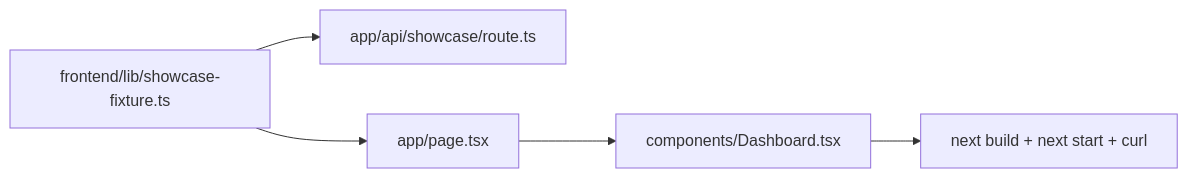
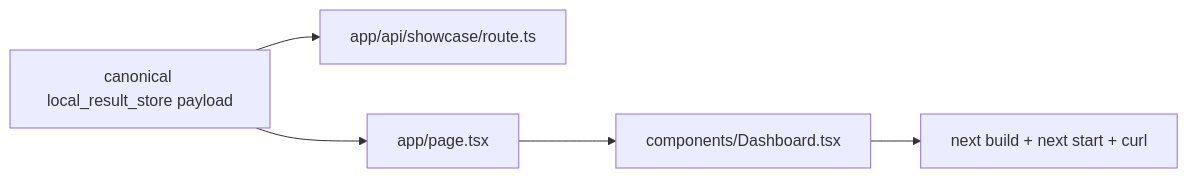
One commit to austinyuch/finance_algorithms changed the diagram in .agents/specs/f-nextjs-showcase-dashboard/design.md. Above: the diagram before and after it, drawn with Mermaid. The commit also changed other lines of this file and 127 other files, not shown here.

````diff
--- a/.agents/specs/f-nextjs-showcase-dashboard/design.md
+++ b/.agents/specs/f-nextjs-showcase-dashboard/design.md
@@ -11,7 +11,7 @@
 ```mermaid
 flowchart LR
-  Fixture[frontend/lib/showcase-fixture.ts] --> Route[app/api/showcase/route.ts]
-  Fixture --> Page[app/page.tsx]
+  LocalResultStore[canonical local_result_store payload] --> Route[app/api/showcase/route.ts]
+  LocalResultStore --> Page[app/page.tsx]
   Page --> Component[components/Dashboard.tsx]
   Component --> Smoke[next build + next start + curl]
 ```
````
